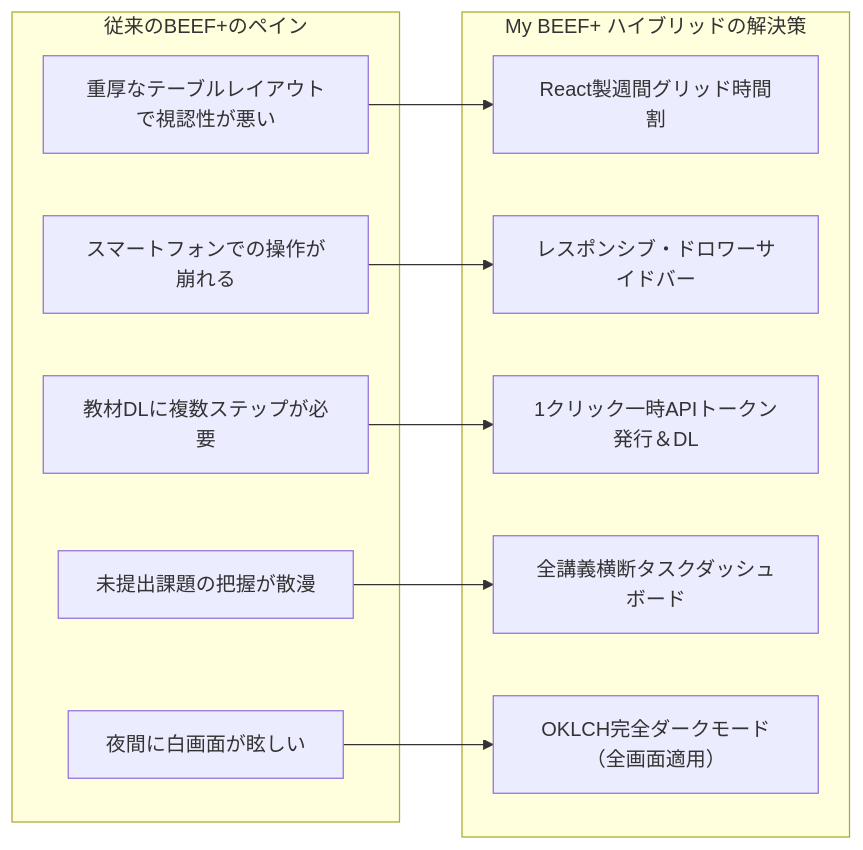
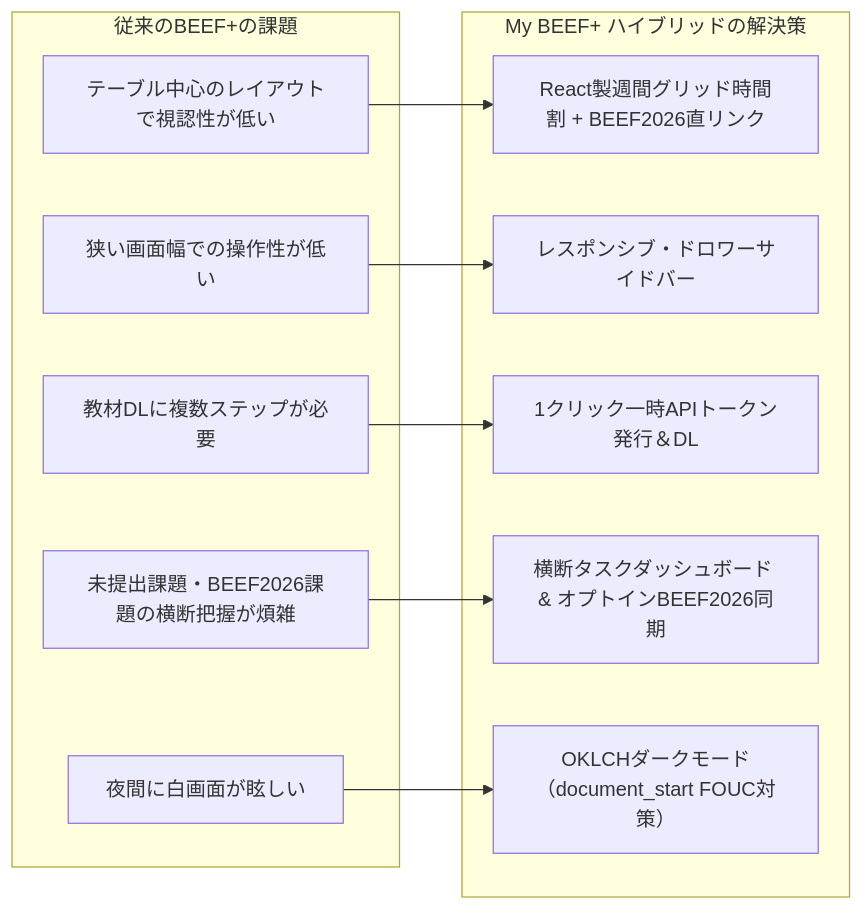
Before and after one commit to Miyanber/my-beef-plus: the first of 3 diagrams in docs/PRD.md, drawn with Mermaid. The commit also changed other lines of this file and 10 other files, not shown here.

````diff
--- a/docs/PRD.md
+++ b/docs/PRD.md
@@ -78,24 +79,24 @@
 ```mermaid
 graph LR
-    subgraph "従来のBEEF+のペイン"
-        P1["重厚なテーブルレイアウトで視認性が悪い"]
-        P2["スマートフォンでの操作が崩れる"]
+    subgraph "従来のBEEF+の課題"
+        P1["テーブル中心のレイアウトで視認性が低い"]
+        P2["狭い画面幅での操作性が低い"]
         P3["教材DLに複数ステップが必要"]
-        P4["未提出課題の把握が散漫"]
+        P4["未提出課題・BEEF2026課題の横断把握が煩雑"]
         P5["夜間に白画面が眩しい"]
     end
 
     subgraph "My BEEF+ ハイブリッドの解決策"
-        S1["React製週間グリッド時間割"]
+        S1["React製週間グリッド時間割 + BEEF2026直リンク"]
         S2["レスポンシブ・ドロワーサイドバー"]
         S3["1クリック一時APIトークン発行＆DL"]
-        S4["全講義横断タスクダッシュボード"]
-        S5["OKLCH完全ダークモード（全画面適用）"]
+        S4["横断タスクダッシュボード & オプトインBEEF2026同期"]
+        S5["OKLCHダークモード（document_start FOUC対策）"]
     end
 
     P1 --> S1
     P2 --> S2
     P3 --> S3
     P4 --> S4
     P5 --> S5
 ```
````
